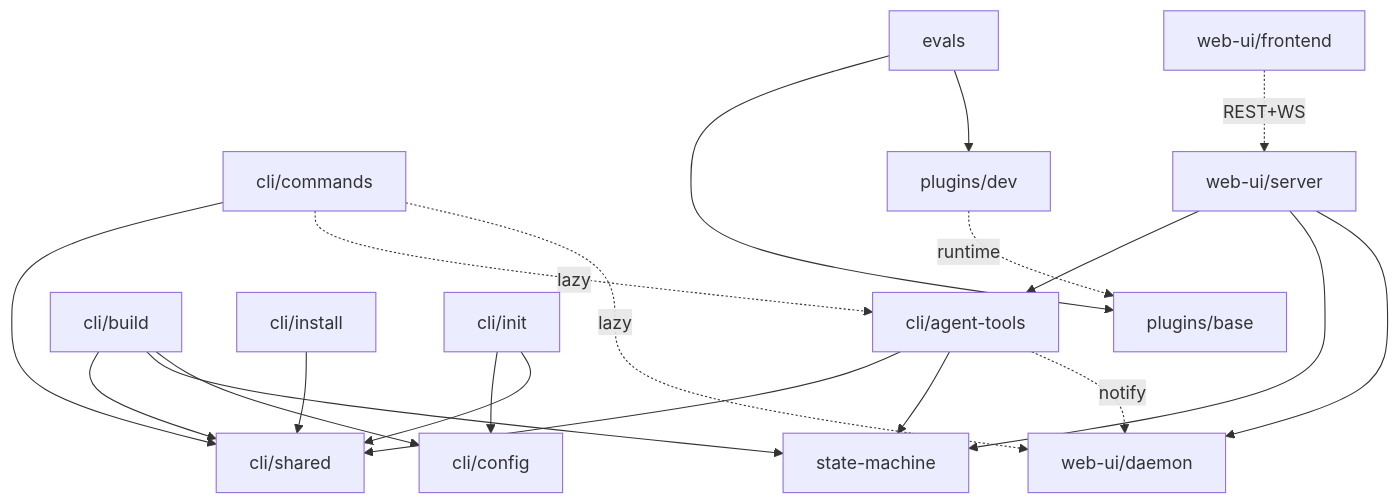
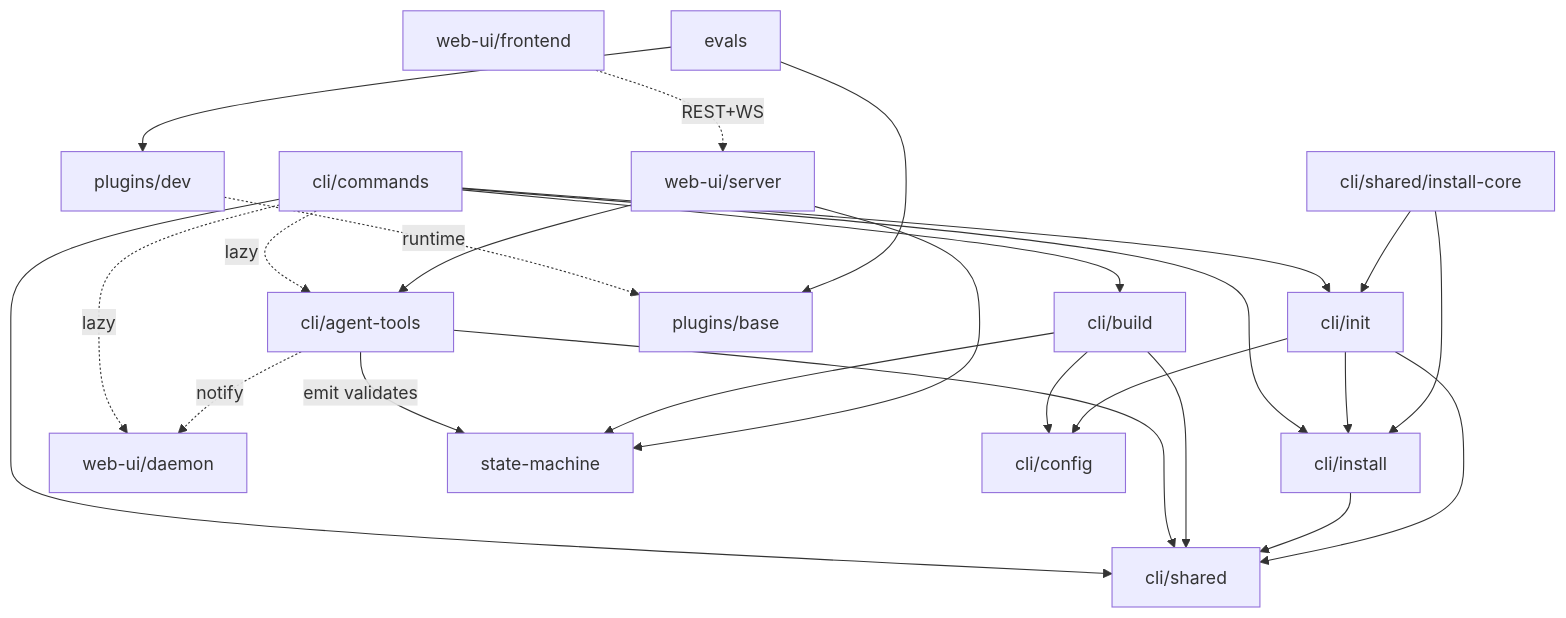
Before and after one commit to rp1-run/rp1: the diagram in .rp1/context/modules.md, drawn with Mermaid. The commit also changed other lines of this file and 5 other files, not shown here.

````diff
--- a/.rp1/context/modules.md
+++ b/.rp1/context/modules.md
@@ -89,22 +119,27 @@
 ```mermaid
 graph TD
     Commands["cli/commands"] --> Shared["cli/shared"]
+    Commands --> Init["cli/init"]
+    Commands --> Build["cli/build"]
+    Commands --> Install["cli/install"]
     Commands -.->|lazy| AgentTools["cli/agent-tools"]
     Commands -.->|lazy| Daemon["web-ui/daemon"]
     AgentTools --> Shared
-    AgentTools --> StateMachine["state-machine"]
+    AgentTools -->|emit validates| SM["state-machine"]
     AgentTools -.->|notify| Daemon
-    Build["cli/build"] --> Shared
-    Build --> StateMachine
+    Build --> Shared
+    Build --> SM
     Build --> Config["cli/config"]
-    Install["cli/install"] --> Shared
-    Init["cli/init"] --> Config
+    Install --> Shared
     Init --> Shared
+    Init --> Config
+    Init --> Install
+    InstallCore["cli/shared/install-core"] --> Install
+    InstallCore --> Init
     Server["web-ui/server"] --> AgentTools
-    Server --> StateMachine
-    Server --> Daemon
+    Server --> SM
     Frontend["web-ui/frontend"] -.->|REST+WS| Server
     PluginsDev["plugins/dev"] -.->|runtime| PluginsBase["plugins/base"]
     Evals["evals"] --> PluginsBase
     Evals --> PluginsDev
 ```
````
